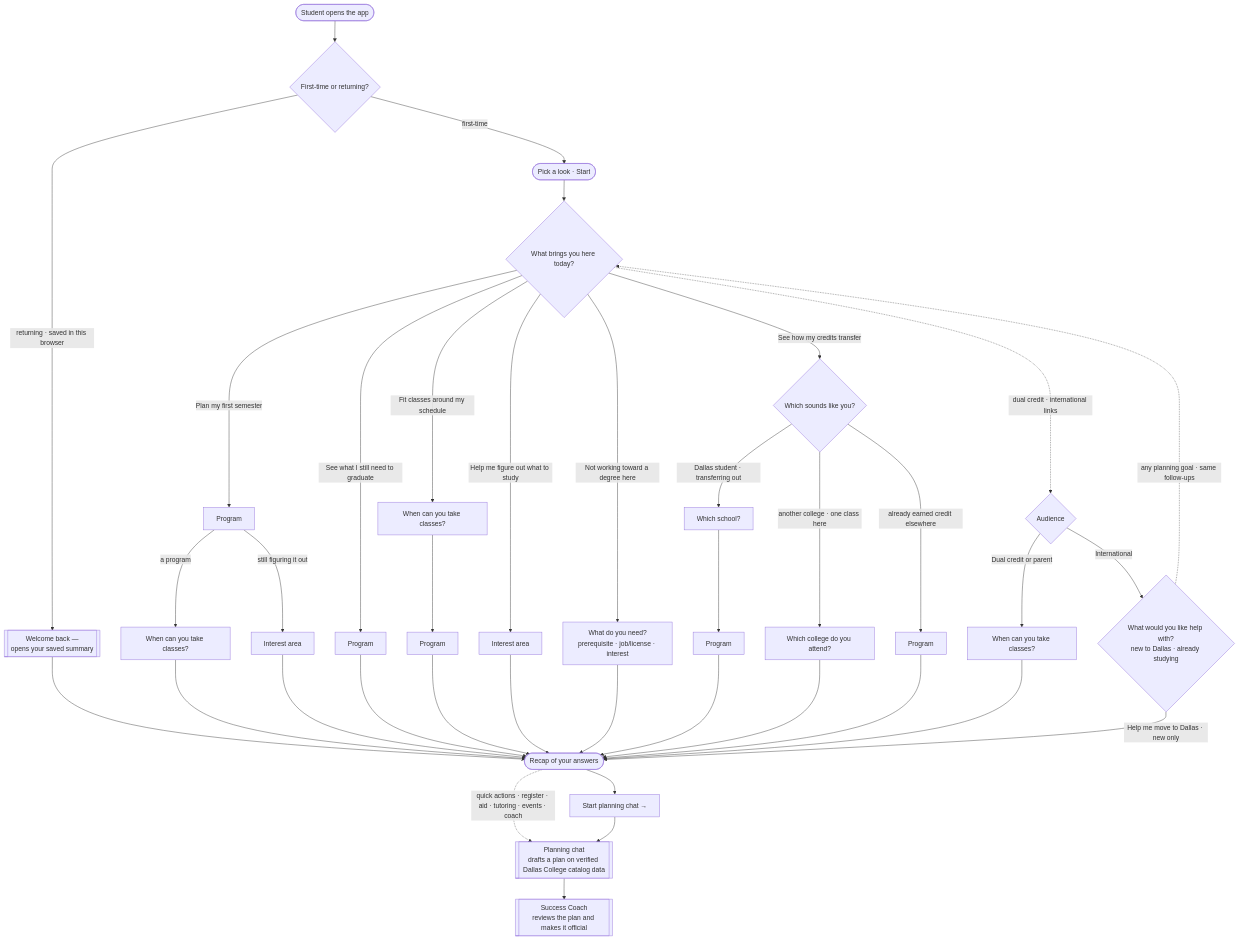
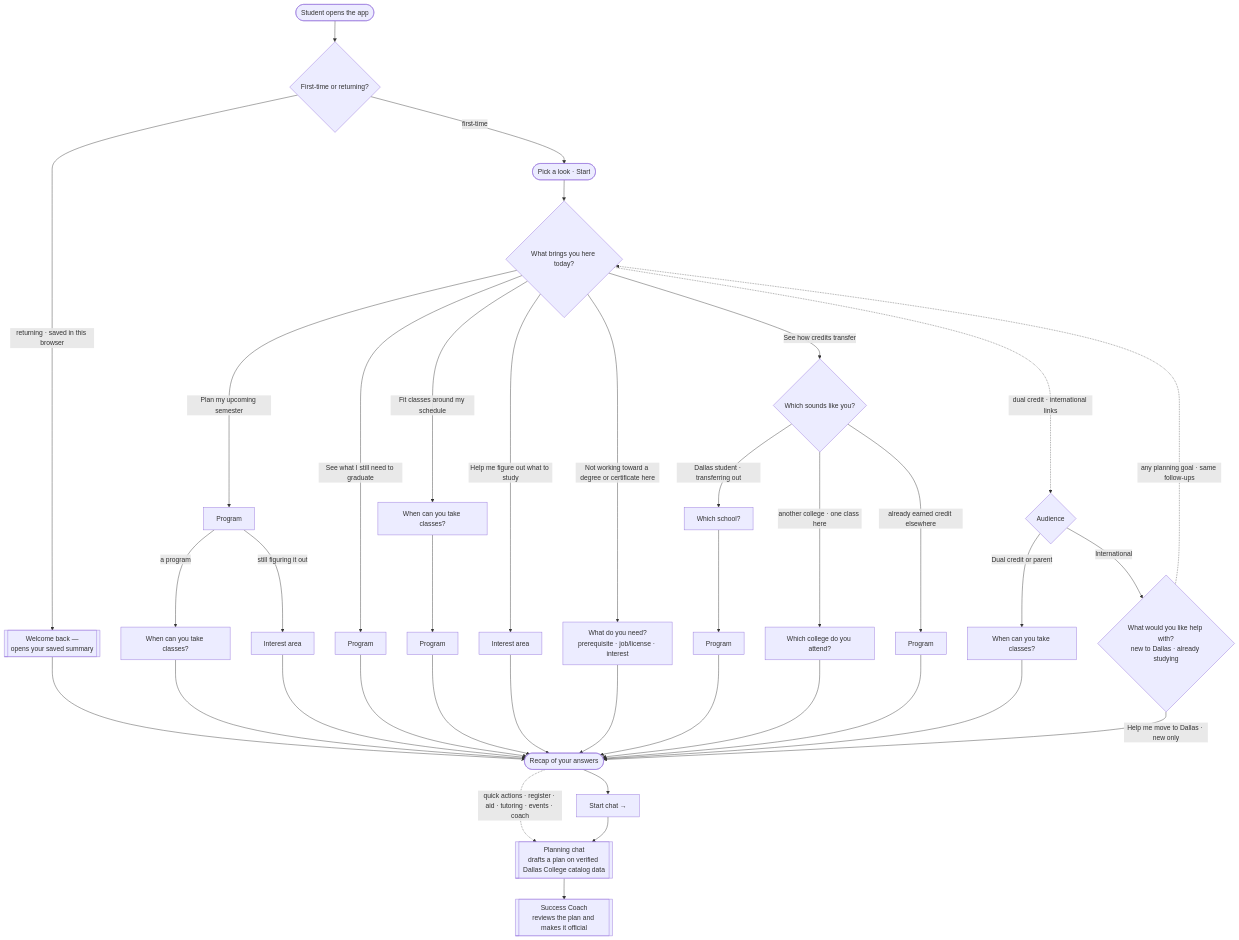
The diagram in docs/LANDING_ONBOARDING_UIUX.md (Dallas-College-AI-Club/success-coach-chatbot), drawn with Mermaid before and after one commit. The commit also changed other lines of this file and 23 other files, not shown here.

````diff
--- a/docs/LANDING_ONBOARDING_UIUX.md
+++ b/docs/LANDING_ONBOARDING_UIUX.md
@@ -74,35 +74,35 @@
 ```mermaid
 flowchart TD
     S([Student opens the app]) --> F{First-time or returning?}
     F -->|"returning · saved in this browser"| R[["Welcome back —<br/>opens your saved summary"]] --> E
     F -->|first-time| W([Pick a look · Start]) --> Q{"What brings you here today?"}
 
-    Q -->|Plan my first semester| A1[Program]
+    Q -->|Plan my upcoming semester| A1[Program]
     Q -->|See what I still need to graduate| A2[Program]
-    Q -->|See how my credits transfer| D{"Which sounds like you?"}
+    Q -->|See how credits transfer| D{"Which sounds like you?"}
     Q -->|Fit classes around my schedule| SC[When can you take classes?]
     Q -->|Help me figure out what to study| IN[Interest area]
-    Q -->|Not working toward a degree here| ON["What do you need?<br/>prerequisite · job/license · interest"]
+    Q -->|Not working toward a degree or certificate here| ON["What do you need?<br/>prerequisite · job/license · interest"]
     Q -. "dual credit · international links" .-> AU{Audience}
 
     A1 -->|a program| A1s[When can you take classes?] --> E
     A1 -->|still figuring it out| A1i[Interest area] --> E
     A2 --> E
     SC --> SCp[Program] --> E
     IN --> E
     ON --> E
 
     D -->|"Dallas student · transferring out"| Do[Which school?] --> Dop[Program] --> E
     D -->|"another college · one class here"| Db[Which college do you attend?] --> E
     D -->|"already earned credit elsewhere"| Di[Program] --> E
 
     AU -->|Dual credit or parent| AUs[When can you take classes?] --> E
     AU -->|International| IG{"What would you like help with?<br/>new to Dallas · already studying"}
     IG -->|"Help me move to Dallas · new only"| E
     IG -. "any planning goal · same follow-ups" .-> Q
 
-    E([Recap of your answers]) --> H["Start planning chat →"]
+    E([Recap of your answers]) --> H["Start chat →"]
     E -. "quick actions · register · aid · tutoring · events · coach" .-> C
     H --> C[["Planning chat<br/>drafts a plan on verified Dallas College catalog data"]]
     C --> V[["Success Coach<br/>reviews the plan and makes it official"]]
 ```
````
